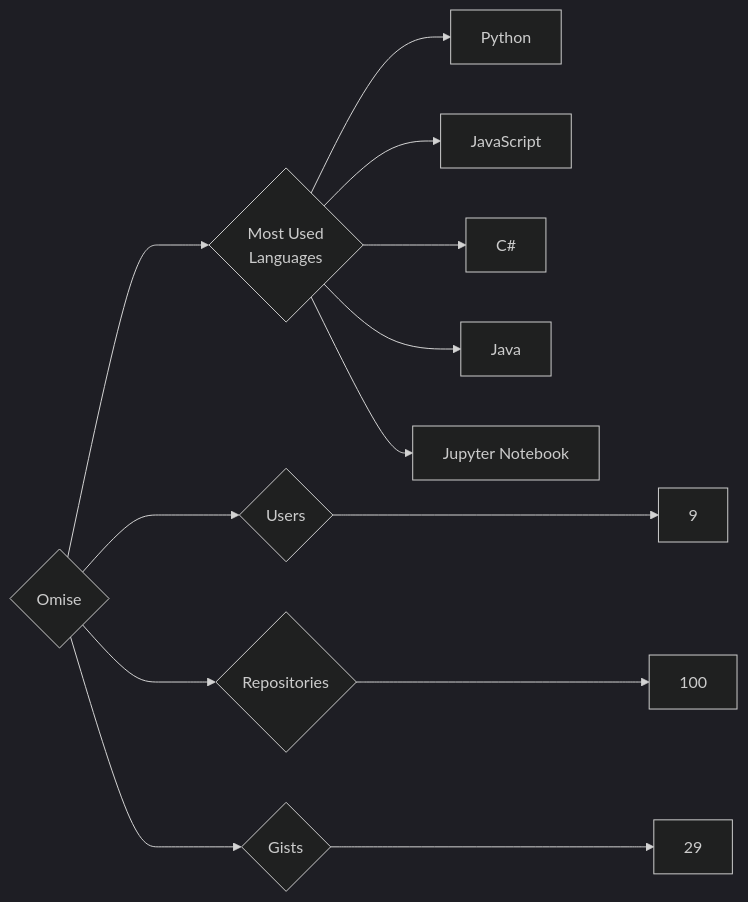
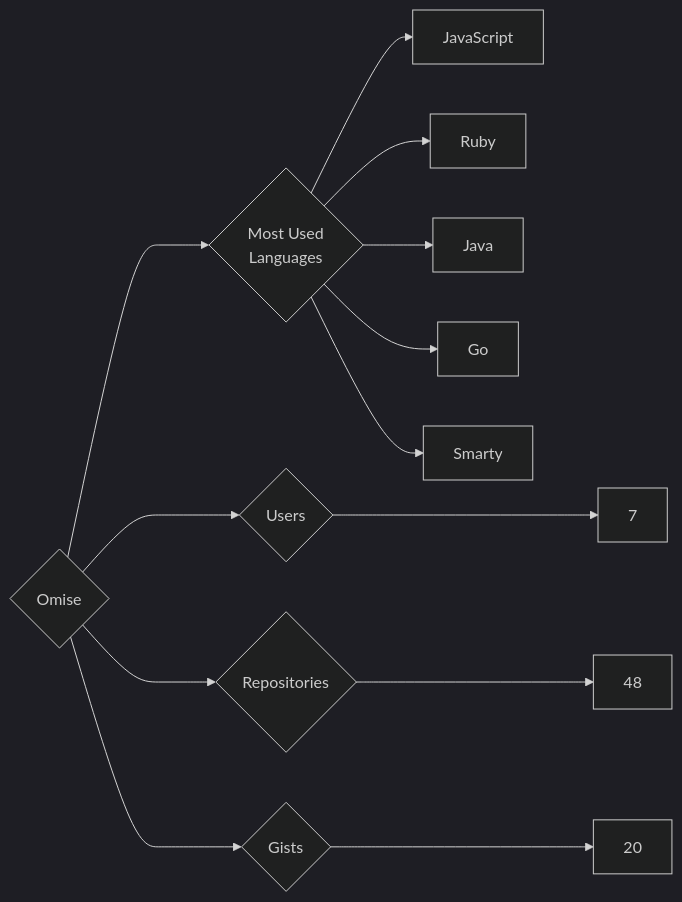
One commit to trickest/insiders changed the diagram in targets/Omise/README.md. Above: the diagram before and after it, drawn with Mermaid (dark theme). The commit also changed 920 other files, not shown here.

````diff
--- a/targets/Omise/README.md
+++ b/targets/Omise/README.md
@@ -3,13 +3,13 @@
 ```mermaid
 graph LR
 COMPANY_NAME{Omise}
-COMPANY_NAME ---> U{Users} ---> UN[9]
-COMPANY_NAME ---> R{Repositories} ---> RN[100]
-COMPANY_NAME ---> G{Gists} ---> GN[29]
+COMPANY_NAME ---> U{Users} ---> UN[7]
+COMPANY_NAME ---> R{Repositories} ---> RN[48]
+COMPANY_NAME ---> G{Gists} ---> GN[20]
 COMPANY_NAME ---> ML{Most Used<br>Languages}
-ML --> Python[Python]
 ML --> JavaScript[JavaScript]
-ML --> C#[C#]
+ML --> Ruby[Ruby]
 ML --> Java[Java]
-ML --> Jupyter_Notebook[Jupyter Notebook]
+ML --> Go[Go]
+ML --> Smarty[Smarty]
 ```
````
